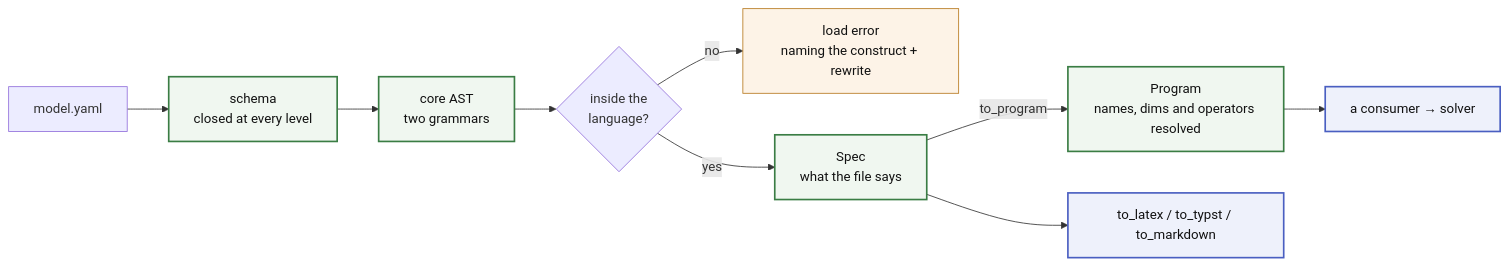
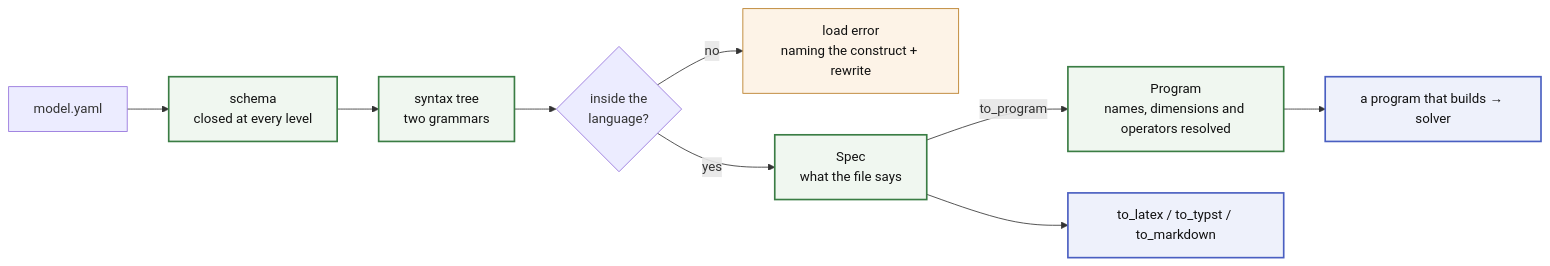
The diagram in README.md (energy-models/math-spec), drawn with Mermaid before and after one commit. The commit also changed other lines of this file and 24 other files, not shown here.

````diff
--- a/README.md
+++ b/README.md
@@ -50,18 +49,18 @@
 ```mermaid
 flowchart LR
     Y["model.yaml"] --> S["schema<br/>closed at every level"]
-    S --> AST["core AST<br/>two grammars"]
+    S --> AST["syntax tree<br/>two grammars"]
     AST --> Q{"inside the<br/>language?"}
     Q -->|"no"| ERR["load error<br/>naming the construct + rewrite"]
     Q -->|"yes"| M["Spec<br/>what the file says"]
-    M -->|"to_program"| P["Program<br/>names, dims and operators resolved"]
-    P --> ENG["a consumer → solver"]
+    M -->|"to_program"| P["Program<br/>names, dimensions and operators resolved"]
+    P --> ENG["a program that builds → solver"]
     M --> T["to_latex / to_typst / to_markdown"]
 
     classDef spec fill:#f0f7f0,stroke:#3a7d44,stroke-width:2px,color:#111
     classDef consumer fill:#eef1fb,stroke:#4a5fc1,stroke-width:2px,color:#111
     classDef err fill:#fdf3e7,stroke:#b7791f,color:#111
     class S,AST,M,P spec
     class ENG,T consumer
     class ERR err
 ```
````
